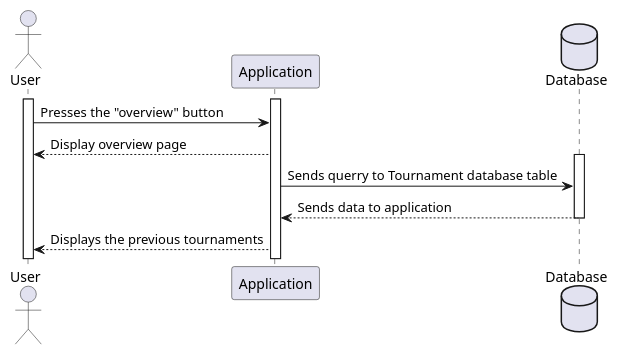
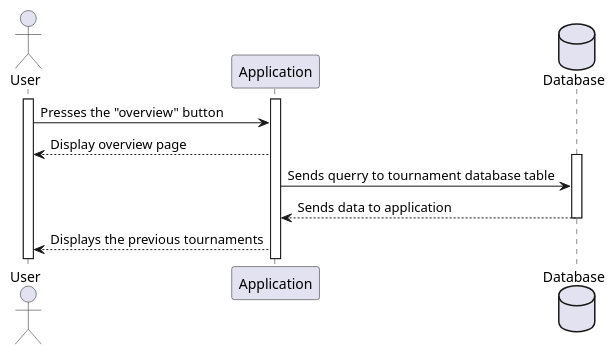
Before and after one commit to itzMesh/DCST1008-Prosjekt: the diagram in ProjektUML/SequencediagramUserAppData/sequence_diagram_overview.wsd, drawn with PlantUML. The commit also changed 3 other files, not shown here.

Commit message:
Fixed sequence typo

```diff
--- a/ProjektUML/SequencediagramUserAppData/sequence_diagram_overview.wsd
+++ b/ProjektUML/SequencediagramUserAppData/sequence_diagram_overview.wsd
@@ -1,23 +1,18 @@
 @startuml SequenceOpen 
 
 actor User as U
 participant Application as A
 database Database as D
 
 activate U
 activate A
 
 U->A: Presses the "overview" button
 A-->U:Display overview page
 activate D
-A->D: Sends querry to Tournament database table
+A->D: Sends querry to tournament database table
 D-->A: Sends data to application
 deactivate D
 A-->U: Displays the previous tournaments
 
-
-
-
-
-
 @endumel
```
